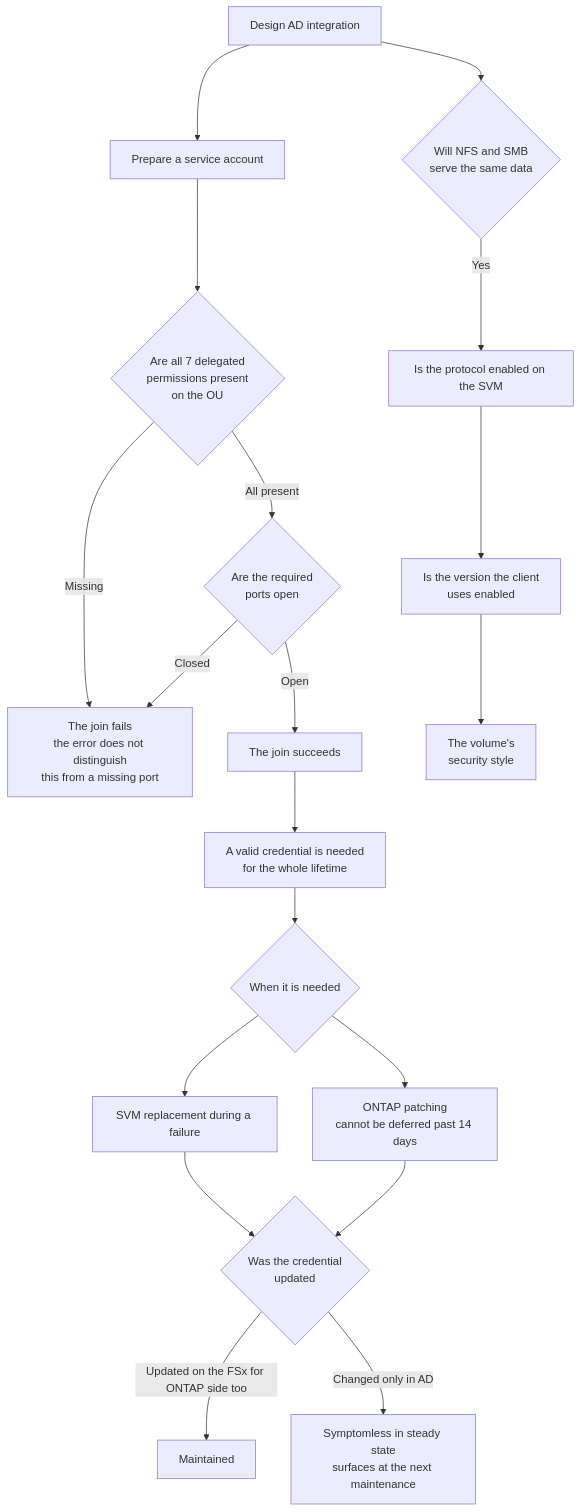
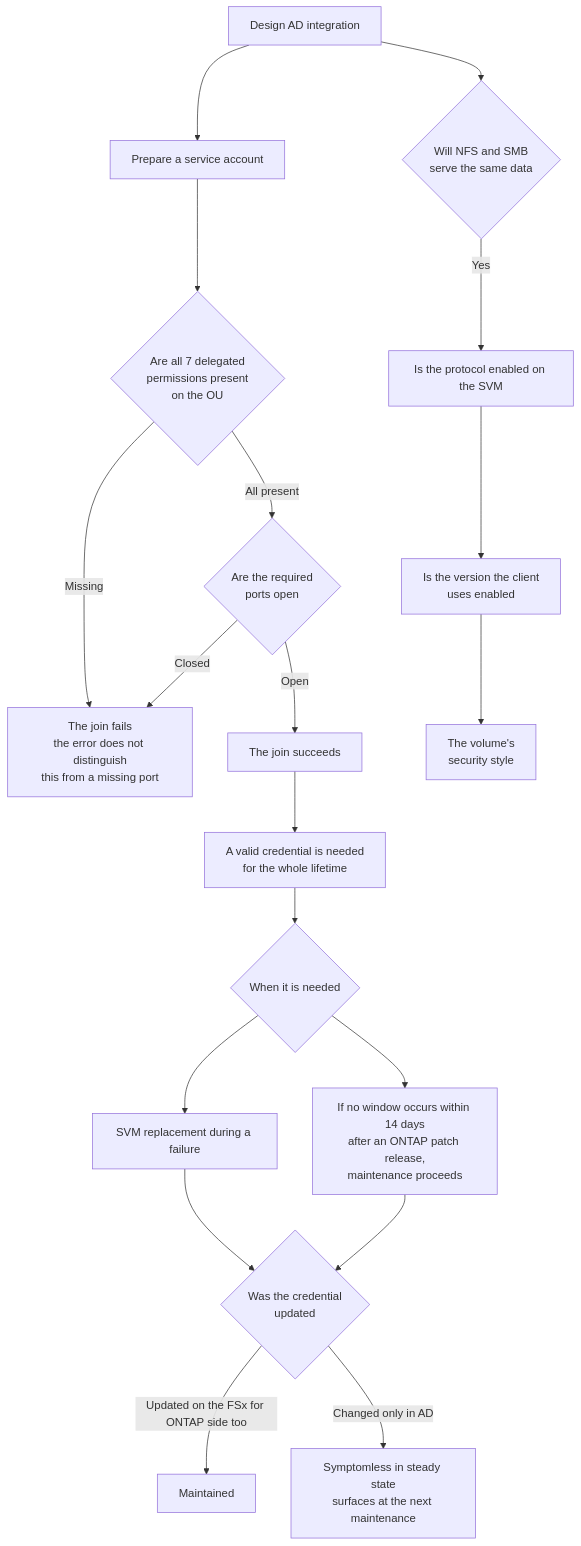
Before and after one commit to Yoshiki0705/FSx-for-ONTAP-Adoption-Playbook: the diagram in docs/en/domains/multiprotocol-identity/notes/ad-dependency-lasts-the-lifetime.md, drawn with Mermaid. The commit also changed other lines of this file and 36 other files, not shown here.

````diff
--- a/docs/en/domains/multiprotocol-identity/notes/ad-dependency-lasts-the-lifetime.md
+++ b/docs/en/domains/multiprotocol-identity/notes/ad-dependency-lasts-the-lifetime.md
@@ -127,24 +127,24 @@
 ```mermaid
 graph TD
     A[Design AD integration] --> SA[Prepare a service account]
     SA --> PERM{"Are all 7 delegated<br/>permissions present<br/>on the OU"}
     PERM -->|Missing| FAIL1["The join fails<br/>the error does not distinguish<br/>this from a missing port"]
     PERM -->|All present| PORT{"Are the required<br/>ports open"}
     PORT -->|Closed| FAIL1
     PORT -->|Open| JOIN[The join succeeds]
 
     JOIN --> LIFE["A valid credential is needed<br/>for the whole lifetime"]
     LIFE --> WHEN{When it is needed}
     WHEN --> W1[SVM replacement during a failure]
-    WHEN --> W2["ONTAP patching<br/>cannot be deferred past 14 days"]
+    WHEN --> W2["If no window occurs within 14 days<br/>after an ONTAP patch release,<br/>maintenance proceeds"]
 
     W1 --> ROT{"Was the credential<br/>updated"}
     W2 --> ROT
     ROT -->|Updated on the FSx for ONTAP side too| OK[Maintained]
     ROT -->|Changed only in AD| LATENT["Symptomless in steady state<br/>surfaces at the next maintenance"]
 
     A --> DUAL{"Will NFS and SMB<br/>serve the same data"}
     DUAL -->|Yes| L1[Is the protocol enabled on the SVM]
     L1 --> L2["Is the version the client<br/>uses enabled"]
     L2 --> L3["The volume's<br/>security style"]
 ```
````
